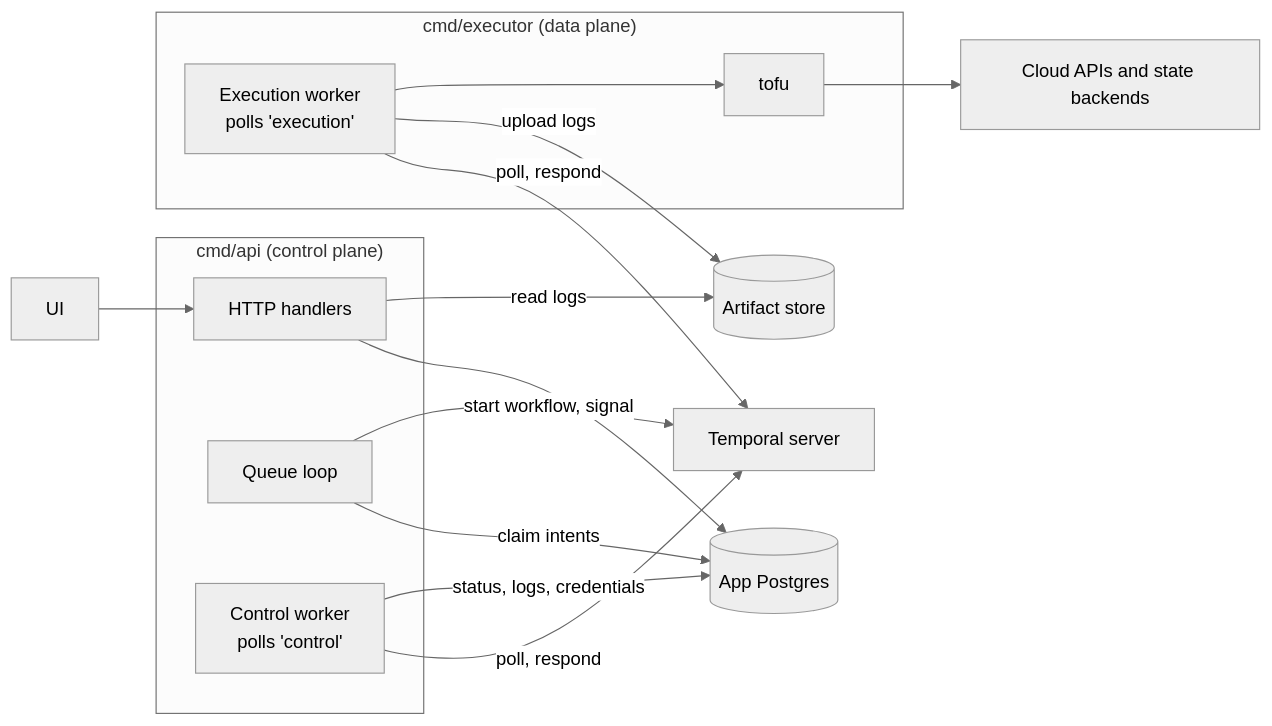
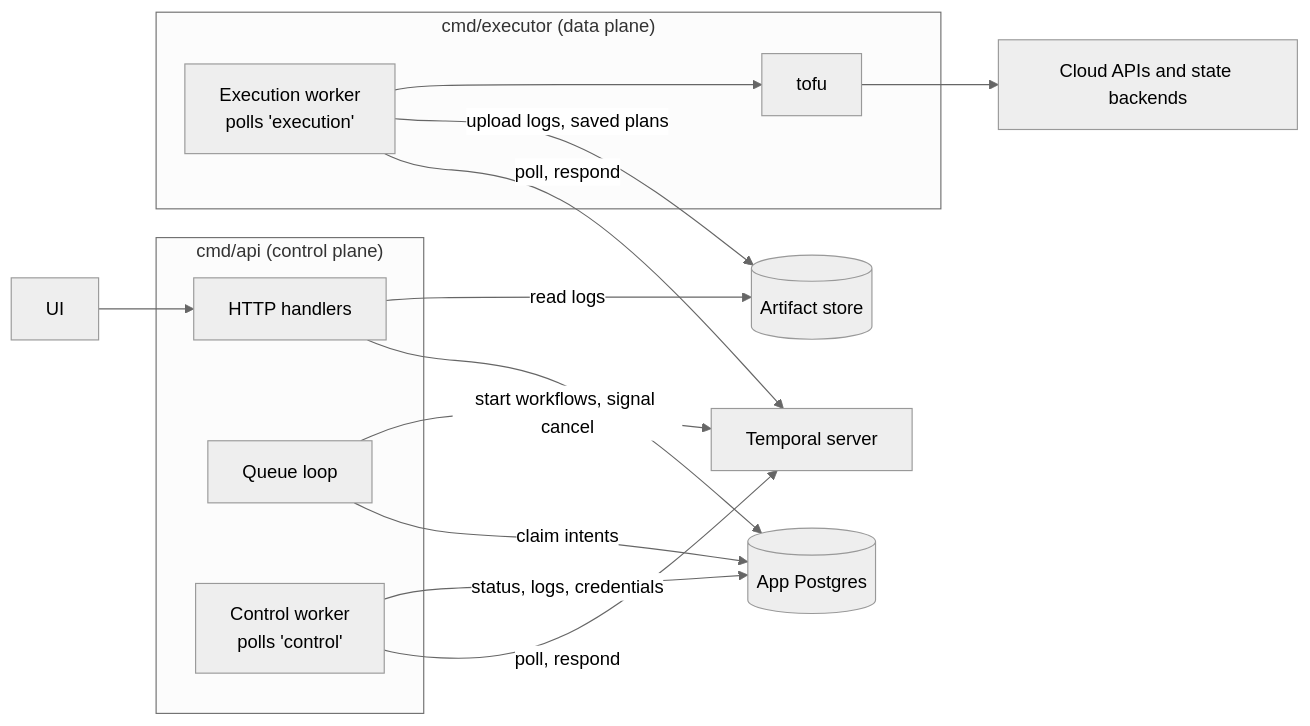
Before and after one commit to vishu42/tflive: the first of 4 diagrams in docs/apply-run-sequence.md, drawn with Mermaid (neutral theme). The commit also changed other lines of this file and 63 other files, not shown here.

````diff
--- a/docs/apply-run-sequence.md
+++ b/docs/apply-run-sequence.md
@@ -13,29 +16,29 @@
 ```mermaid
 flowchart LR
     UI[UI]
     subgraph api["cmd/api (control plane)"]
         HTTP[HTTP handlers]
         QL[Queue loop]
         CW["Control worker<br/>polls 'control'"]
     end
     PG[(App Postgres)]
     T[Temporal server]
     subgraph exec["cmd/executor (data plane)"]
         EX["Execution worker<br/>polls 'execution'"]
         TOFU[tofu]
     end
     AS[(Artifact store)]
     CLOUD[Cloud APIs and state backends]
 
     UI --> HTTP
     HTTP --> PG
     QL -->|claim intents| PG
-    QL -->|start workflow, signal| T
+    QL -->|start workflows, signal cancel| T
     CW -->|poll, respond| T
     CW -->|status, logs, credentials| PG
     EX -->|poll, respond| T
-    EX -->|upload logs| AS
+    EX -->|upload logs, saved plans| AS
     HTTP -->|read logs| AS
     EX --> TOFU
     TOFU --> CLOUD
 ```
````
